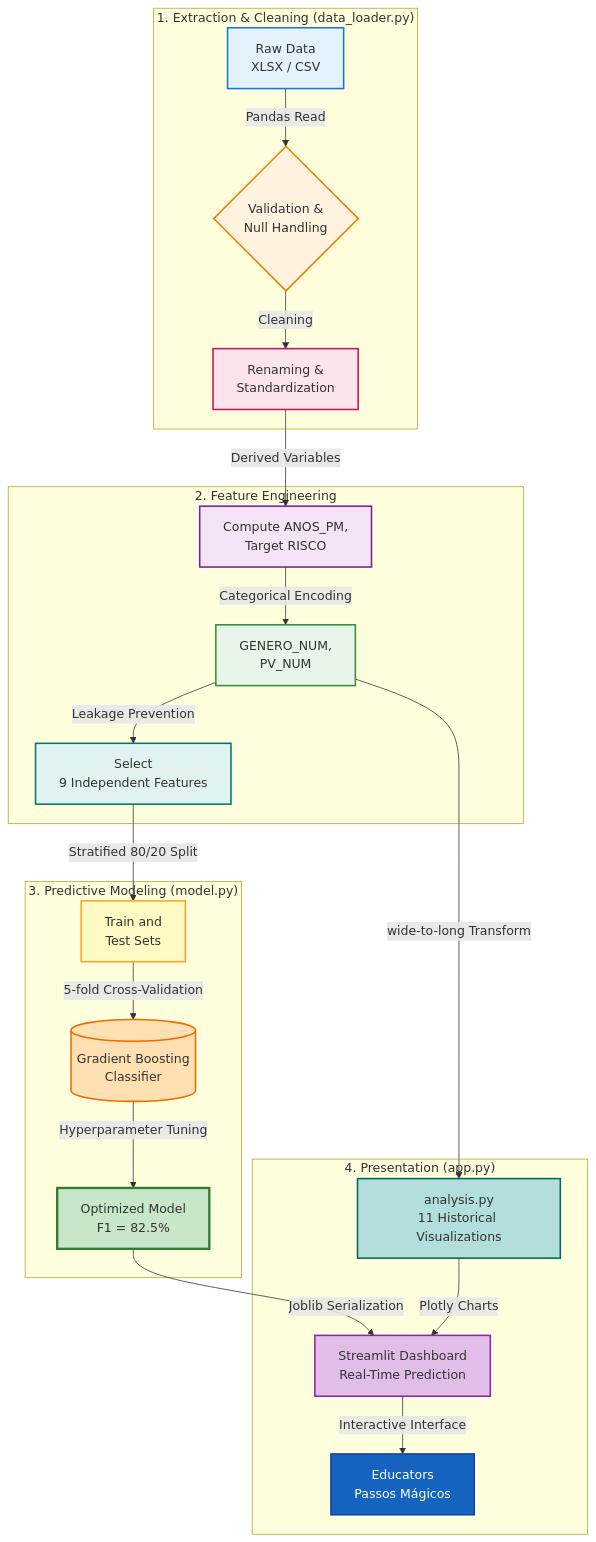
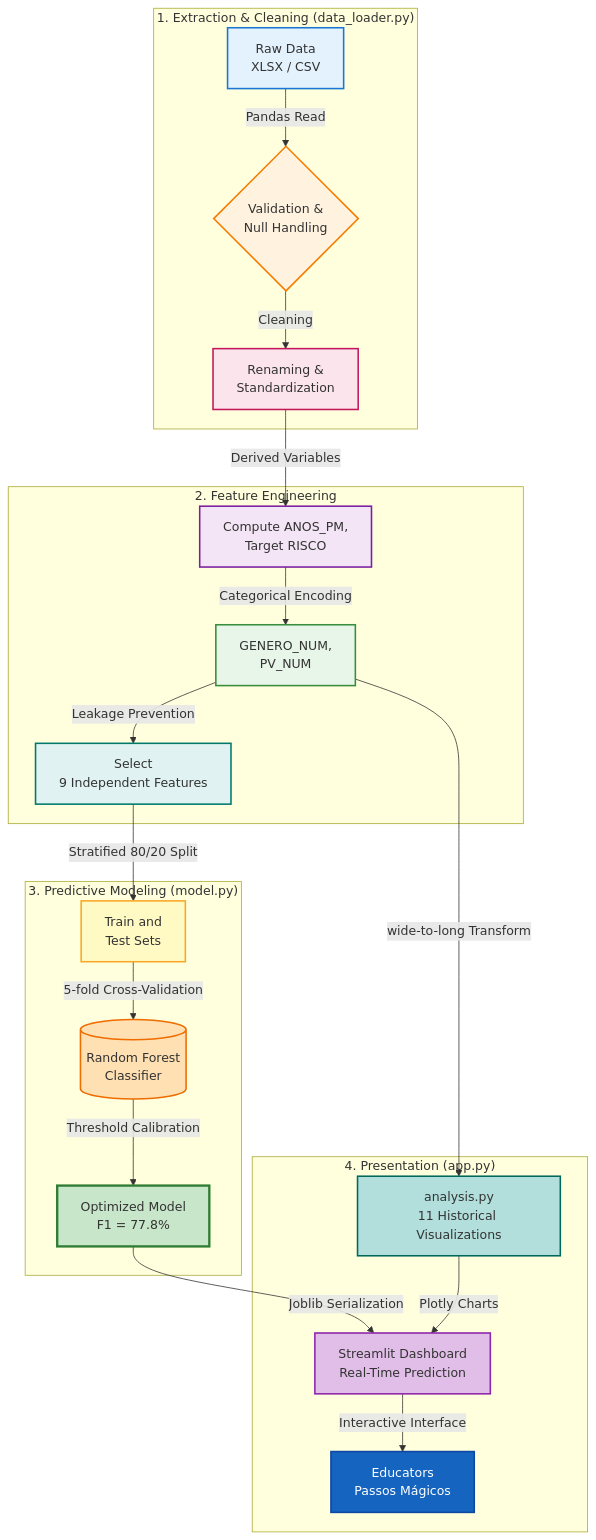
The diagram in README.md (GabrielHenriqueCA/datathon-passos-magicos-fiap), drawn with Mermaid before and after one commit. The commit also changed other lines of this file and 10 other files, not shown here.

````diff
--- a/README.md
+++ b/README.md
@@ -81,39 +81,39 @@
 ```mermaid
 graph TB
     subgraph "1. Extraction & Cleaning (data_loader.py)"
         A[Raw Data<br/>XLSX / CSV] -->|Pandas Read| B{Validation &<br/>Null Handling}
         B -->|Cleaning| C[Renaming &<br/>Standardization]
     end
 
     subgraph "2. Feature Engineering"
         C -->|Derived Variables| D[Compute ANOS_PM,<br/>Target RISCO]
         D -->|Categorical Encoding| E[GENERO_NUM,<br/>PV_NUM]
         E -->|Leakage Prevention| F[Select<br/>9 Independent Features]
     end
 
     subgraph "3. Predictive Modeling (model.py)"
         F -->|Stratified 80/20 Split| G[Train and<br/>Test Sets]
-        G -->|5-fold Cross-Validation| H[(Gradient Boosting<br/>Classifier)]
-        H -->|Hyperparameter Tuning| I[Optimized Model<br/>F1 = 82.5%]
+        G -->|5-fold Cross-Validation| H[(Random Forest<br/>Classifier)]
+        H -->|Threshold Calibration| I[Optimized Model<br/>F1 = 77.8%]
     end
 
     subgraph "4. Presentation (app.py)"
         I -->|Joblib Serialization| J[Streamlit Dashboard<br/>Real-Time Prediction]
         E -->|wide-to-long Transform| K[analysis.py<br/>11 Historical Visualizations]
         K -->|Plotly Charts| J
         J -->|Interactive Interface| L[Educators<br/>Passos Mágicos]
     end
     
     style A fill:#e3f2fd,stroke:#1976d2,stroke-width:2px
     style B fill:#fff3e0,stroke:#f57c00,stroke-width:2px
     style C fill:#fce4ec,stroke:#c2185b,stroke-width:2px
     style D fill:#f3e5f5,stroke:#7b1fa2,stroke-width:2px
     style E fill:#e8f5e9,stroke:#388e3c,stroke-width:2px
     style F fill:#e0f2f1,stroke:#00796b,stroke-width:2px
     style G fill:#fff9c4,stroke:#f9a825,stroke-width:2px
     style H fill:#ffe0b2,stroke:#ef6c00,stroke-width:2px
     style I fill:#c8e6c9,stroke:#2e7d32,stroke-width:3px
     style J fill:#e1bee7,stroke:#8e24aa,stroke-width:2px
     style K fill:#b2dfdb,stroke:#00695c,stroke-width:2px
     style L fill:#1565c0,stroke:#0d47a1,stroke-width:2px,color:#fff
 ```
````
